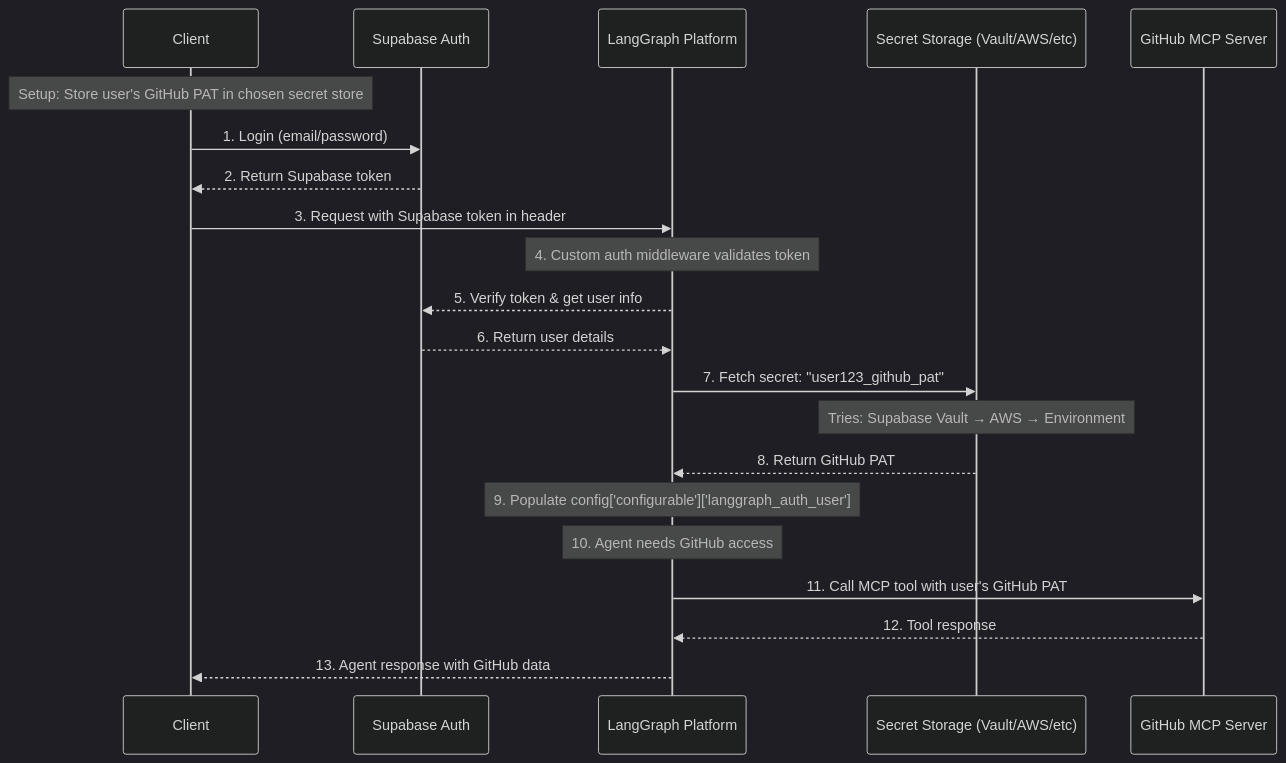
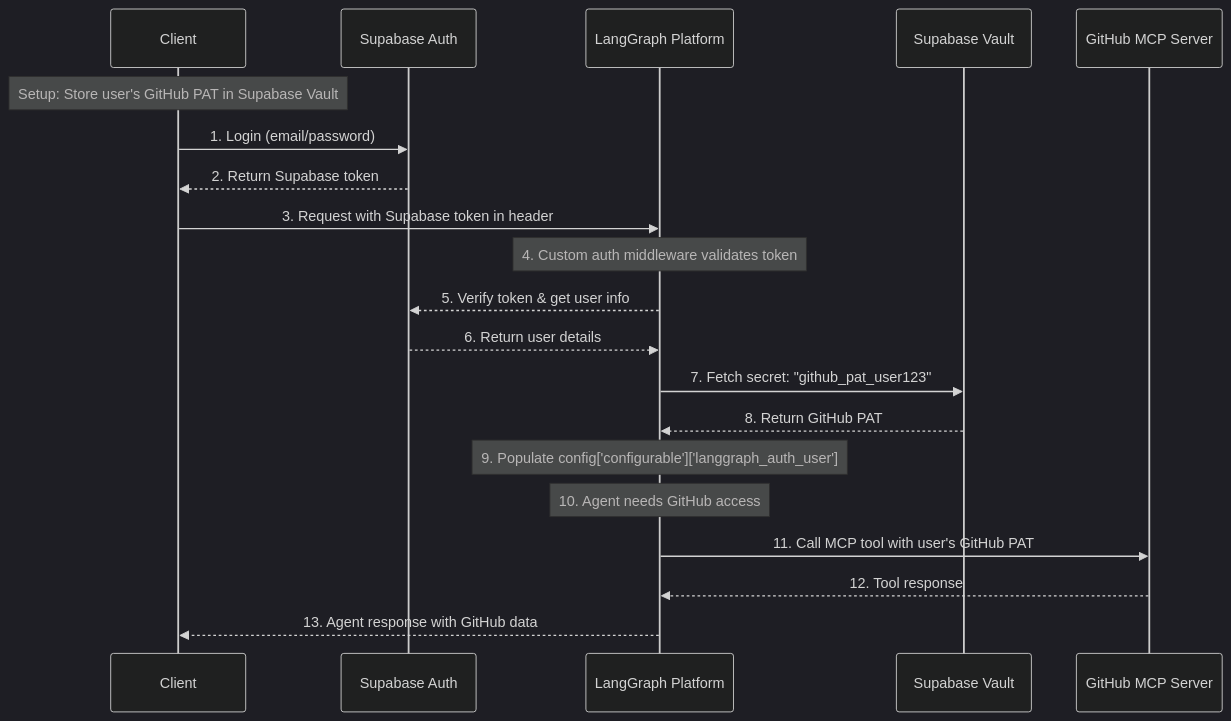
One commit to langchain-samples/mcp-auth-demo changed the diagram in README.md. Above: the diagram before and after it, drawn with Mermaid (dark theme). The commit also changed other lines of this file and 4 other files, not shown here.

Commit message:
supabase auth and vault now working

````diff
--- a/README.md
+++ b/README.md
@@ -19,36 +19,35 @@
 ```mermaid
 sequenceDiagram
   %% Actors
   participant ClientApp as Client
   participant Supabase as Supabase Auth
   participant LangGraph as LangGraph Platform
-  participant SecretStore as Secret Storage (Vault/AWS/etc)
+  participant Vault as Supabase Vault
   participant MCPServer as GitHub MCP Server
 
   %% Initial setup
-  Note over ClientApp: Setup: Store user's GitHub PAT in chosen secret store
+  Note over ClientApp: Setup: Store user's GitHub PAT in Supabase Vault
 
   %% Authentication flow
   ClientApp  ->> Supabase: 1. Login (email/password)
   Supabase   -->> ClientApp: 2. Return Supabase token
   ClientApp  ->> LangGraph: 3. Request with Supabase token in header
 
   Note over LangGraph: 4. Custom auth middleware validates token
   LangGraph  -->> Supabase: 5. Verify token & get user info
   Supabase   -->> LangGraph: 6. Return user details
 
-  %% Fetch GitHub token from flexible secret storage
-  LangGraph  ->> SecretStore: 7. Fetch secret: "user123_github_pat"
-  Note over SecretStore: Tries: Supabase Vault → AWS → Environment
-  SecretStore -->> LangGraph: 8. Return GitHub PAT
+  %% Fetch GitHub token from Supabase Vault
+  LangGraph  ->> Vault: 7. Fetch secret: "github_pat_user123"
+  Vault -->> LangGraph: 8. Return GitHub PAT
 
   Note over LangGraph: 9. Populate config['configurable']['langgraph_auth_user']
 
   %% Use GitHub MCP
   Note over LangGraph: 10. Agent needs GitHub access
   LangGraph  ->> MCPServer: 11. Call MCP tool with user's GitHub PAT
   MCPServer  -->> LangGraph: 12. Tool response
 
   %% Return to user
   LangGraph  -->> ClientApp: 13. Agent response with GitHub data
 ```
````
